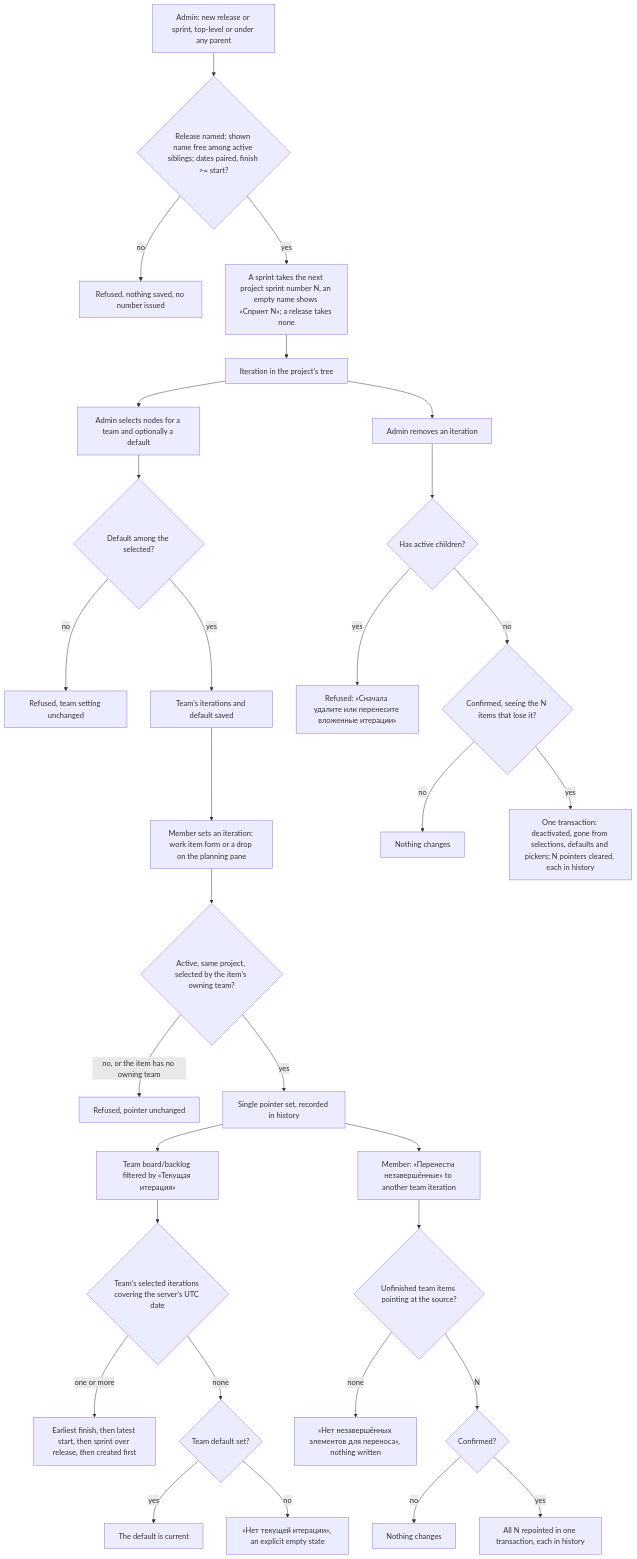
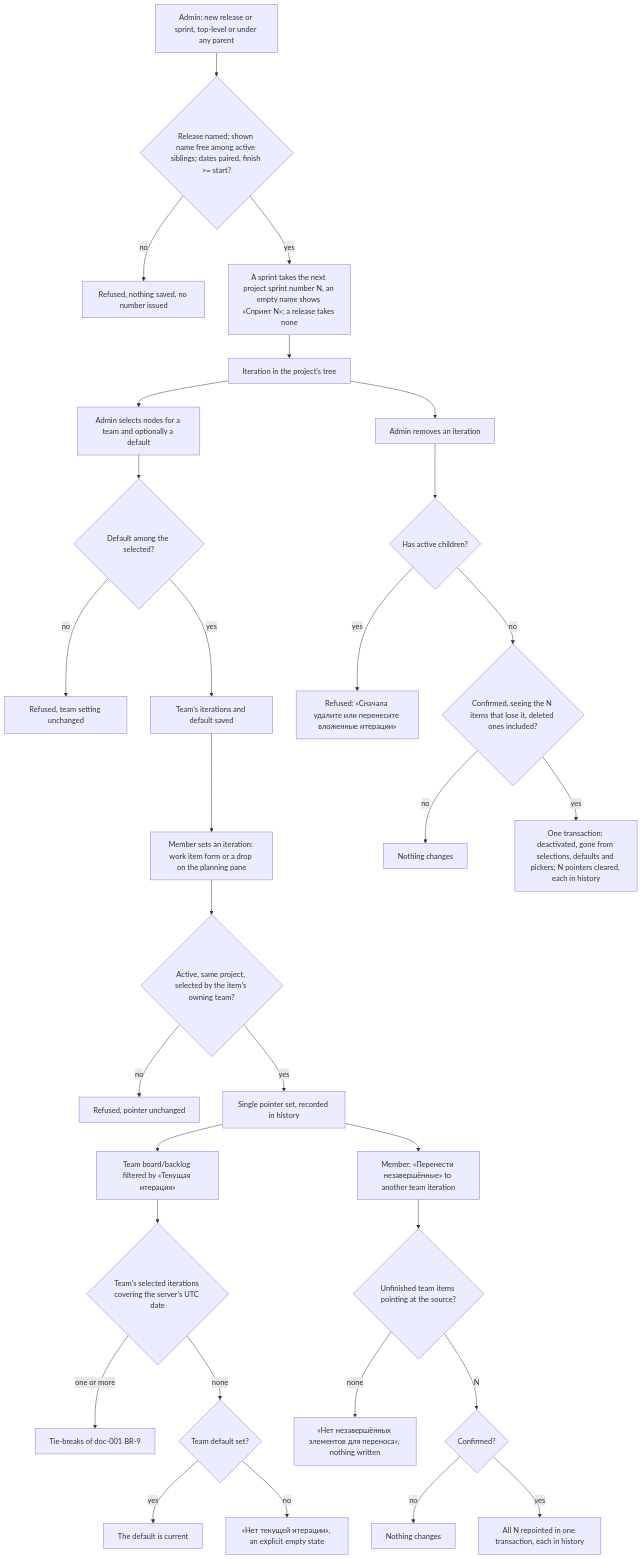
The second of 2 diagrams in docs/features/doc-004-iterations-planning/spec.md (totKtoXam/mustask), drawn with Mermaid before and after one commit. The commit also changed other lines of this file and 89 other files, not shown here.

````diff
--- a/docs/features/doc-004-iterations-planning/spec.md
+++ b/docs/features/doc-004-iterations-planning/spec.md
@@ -95,33 +98,33 @@
 ```mermaid
 flowchart TD
     A[Admin: new release or sprint, top-level or under any parent] --> B{Release named; shown name free among active siblings; dates paired, finish >= start?}
     B -->|no| B1[Refused, nothing saved, no number issued]
     B -->|yes| A1[A sprint takes the next project sprint number N, an empty name shows «Спринт N»; a release takes none]
     A1 --> C[Iteration in the project's tree]
     C --> D[Admin selects nodes for a team and optionally a default]
     D --> E{Default among the selected?}
     E -->|no| E1[Refused, team setting unchanged]
     E -->|yes| F[Team's iterations and default saved]
     F --> G[Member sets an iteration: work item form or a drop on the planning pane]
     G --> H{Active, same project, selected by the item's owning team?}
-    H -->|no, or the item has no owning team| H1[Refused, pointer unchanged]
+    H -->|no| H1[Refused, pointer unchanged]
     H -->|yes| I[Single pointer set, recorded in history]
     I --> J[Team board/backlog filtered by «Текущая итерация»]
     J --> K{Team's selected iterations covering the server's UTC date}
-    K -->|one or more| L[Earliest finish, then latest start, then sprint over release, then created first]
+    K -->|one or more| L[Tie-breaks of doc-001 BR-9]
     K -->|none| N{Team default set?}
     N -->|yes| O[The default is current]
     N -->|no| P[«Нет текущей итерации», an explicit empty state]
     I --> T[Member: «Перенести незавершённые» to another team iteration]
     T --> T1{Unfinished team items pointing at the source?}
     T1 -->|none| T2[«Нет незавершённых элементов для переноса», nothing written]
     T1 -->|N| T3{Confirmed?}
     T3 -->|no| T5[Nothing changes]
     T3 -->|yes| T4[All N repointed in one transaction, each in history]
     C --> Q[Admin removes an iteration]
     Q --> Q1{Has active children?}
     Q1 -->|yes| Q2[Refused: «Сначала удалите или перенесите вложенные итерации»]
-    Q1 -->|no| R{Confirmed, seeing the N items that lose it?}
+    Q1 -->|no| R{Confirmed, seeing the N items that lose it, deleted ones included?}
     R -->|no| R1[Nothing changes]
     R -->|yes| S[One transaction: deactivated, gone from selections, defaults and pickers; N pointers cleared, each in history]
 ```
````
